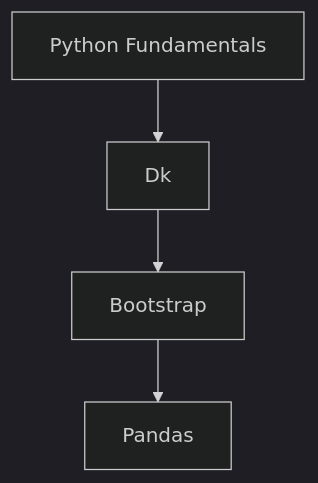
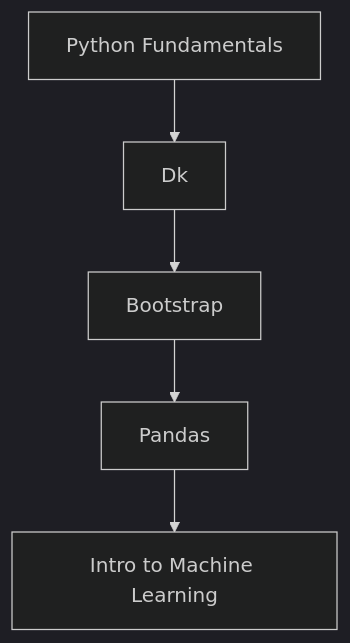
The diagram in README.md (alvi00/My-Machine-Learning-Journey), drawn with Mermaid (dark theme) before and after one commit.

````diff
--- a/README.md
+++ b/README.md
@@ -30,6 +30,7 @@
 ```mermaid
 graph TD
     A[Python Fundamentals] --> B[Dk]
     B --> C[Bootstrap]
     C --> D[Pandas]
+    D--> E[Intro to Machine Learning]
 ```
````
